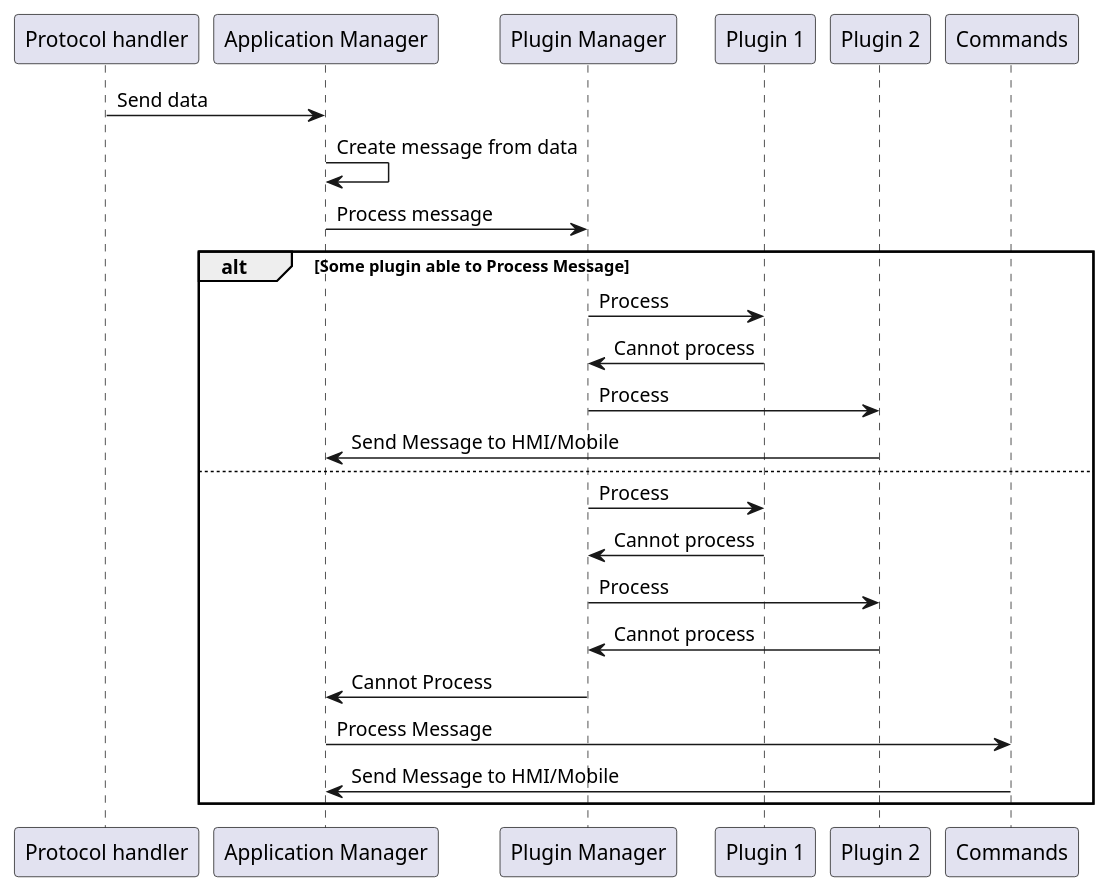
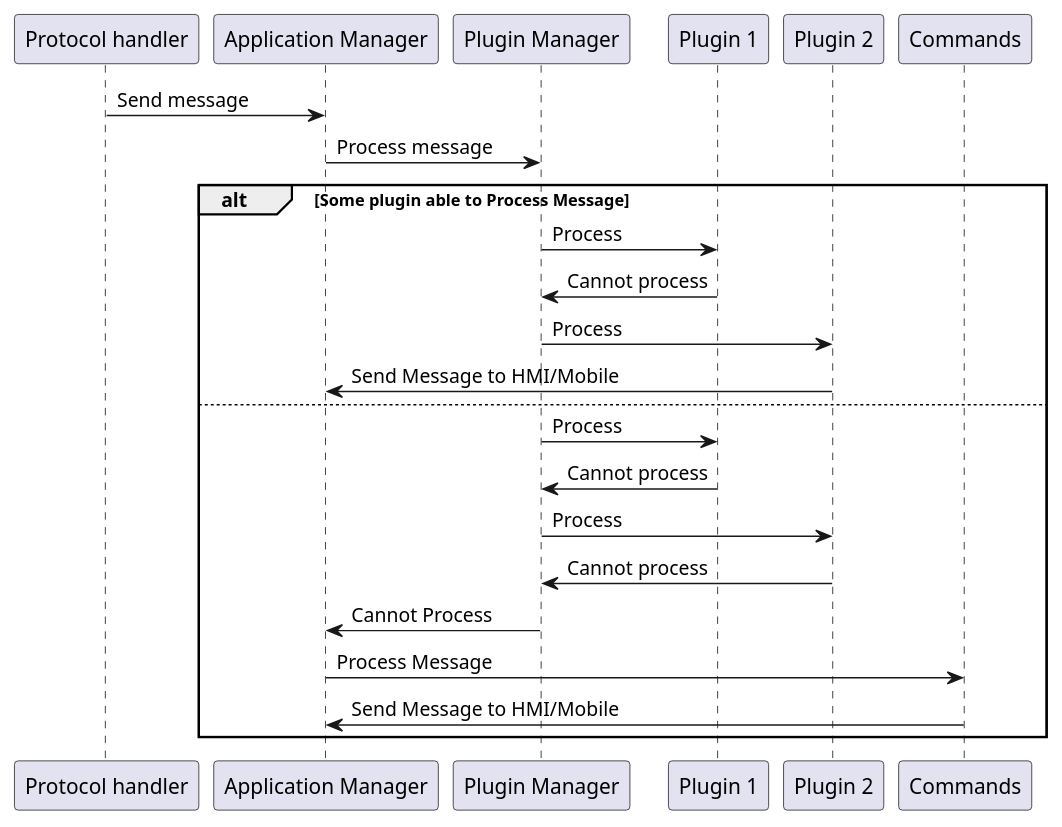
One commit to smartdevicelink/sdl_core_guides changed the diagram in docs/Software Architecture Document/Component Interaction View/assets/plugin_manager_interaction_view.puml. Above: the diagram before and after it, drawn with PlantUML. The commit also changed 2 other files, not shown here.

```diff
--- a/docs/Software Architecture Document/Component Interaction View/assets/plugin_manager_interaction_view.puml
+++ b/docs/Software Architecture Document/Component Interaction View/assets/plugin_manager_interaction_view.puml
@@ -1,31 +1,54 @@
 @startuml
+/'
+It is a source file for SDL SAD sequence diagram.
+For further information, please, follow http://plantuml.com/ 
+'/
 
 participant "Protocol handler" as PH
 participant "Application Manager" as AM
 participant "Plugin Manager" as PM
 participant "Plugin 1" as P1
 participant "Plugin 2" as P2
 
-PH -> AM : Send data
-AM -> AM : Create message from data
+PH -> AM : Send message
 AM -> PM : Process message
 
 alt Some plugin able to Process Message
 
 PM -> P1 : Process
 P1 -> PM : Cannot process
 PM -> P2 : Process
 P2 -> AM : Send Message to HMI/Mobile
 else
 
 PM -> P1 : Process
 P1 -> PM : Cannot process
 PM -> P2 : Process
 P2 -> PM : Cannot process
 PM -> AM : Cannot Process
 AM -> Commands : Process Message
 Commands -> AM : Send Message to HMI/Mobile
 
 end
-
+skinparam defaultFontSize 16
+skinparam sequence {
+    ArrowColor Blue
+    ArrowFontColor #2027E8
+    ArrowFontStyle bold
+     
+    LifeLineBorderColor black
+     
+    ParticipantBorderColor black
+    ParticipantBackgroundColor white
+    ParticipantFontSize 17
+    ParticipantFontColor black
+     
+    ActorBorderColor black
+    ActorBackgroundColor white
+    ActorFontColor Blue
+    ActorFontSize 17
+    ActorFontName Blue
+    sequenceArrowFontSize  16
+    DividerBackgroundColor #FEFECE
+}
 @enduml
```
